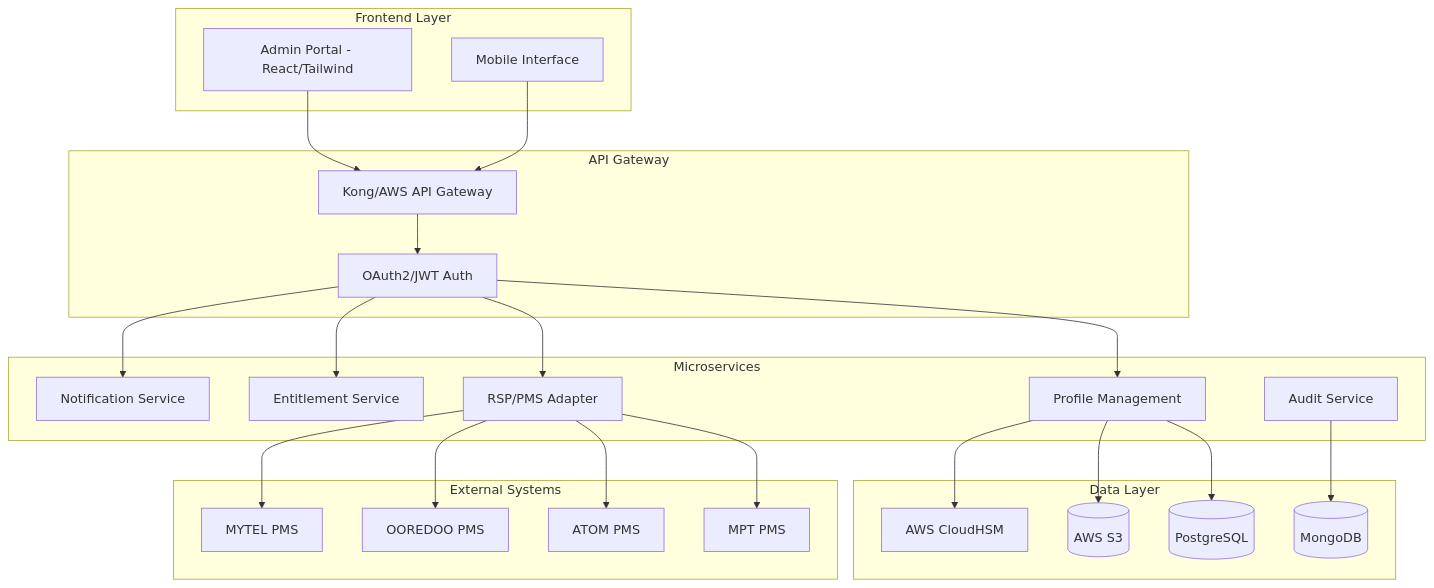
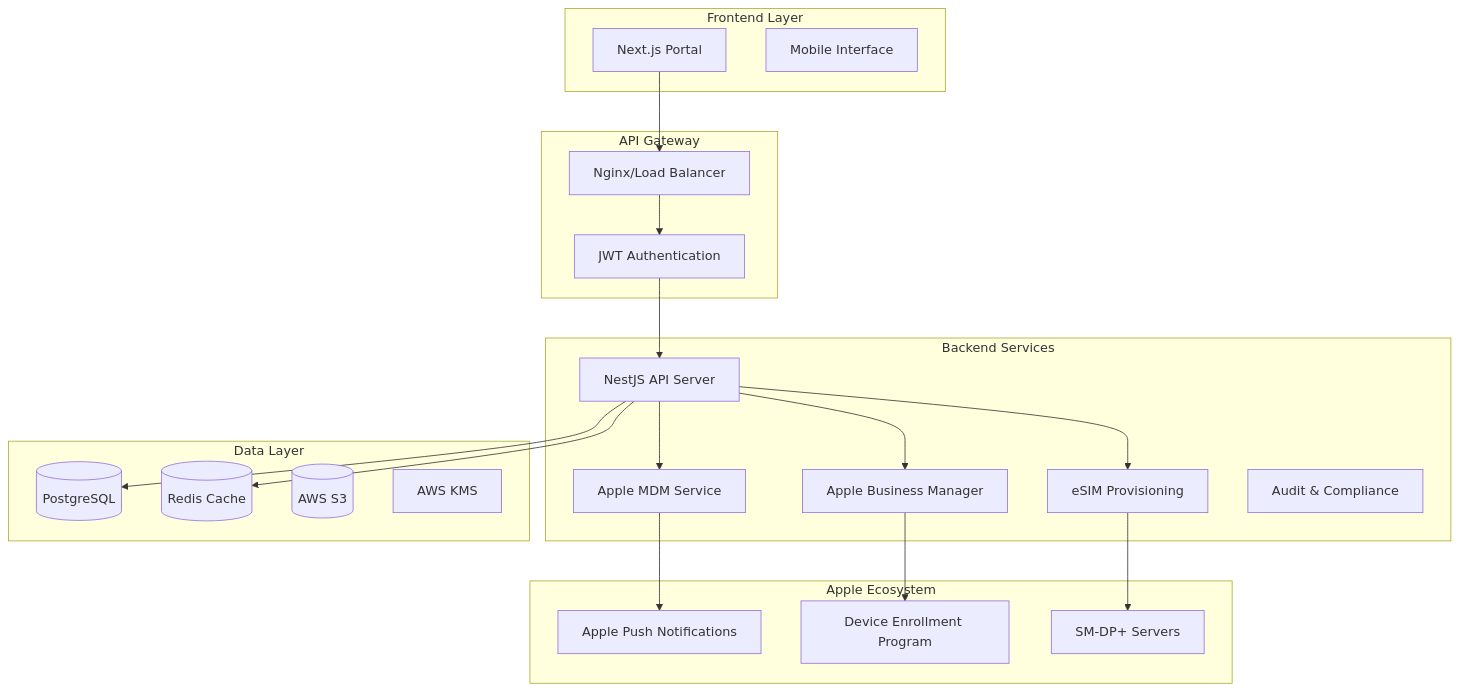
Before and after one commit to nexorasim/management: the diagram in README.md, drawn with Mermaid. The commit also changed other lines of this file and 63 other files, not shown here.

Commit message:
Complete My eSIM Plus Portal with Apple MDM integration

````diff
--- a/README.md
+++ b/README.md
@@ -7,50 +45,45 @@
 ```mermaid
 graph TB
     subgraph "Frontend Layer"
-        UI[Admin Portal - React/Tailwind]
+        UI[Next.js Portal]
         MOB[Mobile Interface]
     end
     
     subgraph "API Gateway"
-        GW[Kong/AWS API Gateway]
-        AUTH[OAuth2/JWT Auth]
+        GW[Nginx/Load Balancer]
+        AUTH[JWT Authentication]
     end
     
-    subgraph "Microservices"
-        PM[Profile Management]
-        RSP[RSP/PMS Adapter]
-        ENT[Entitlement Service]
-        NOT[Notification Service]
-        AUD[Audit Service]
+    subgraph "Backend Services"
+        API[NestJS API Server]
+        MDM[Apple MDM Service]
+        ABM[Apple Business Manager]
+        ESIM[eSIM Provisioning]
+        AUDIT[Audit & Compliance]
     end
     
     subgraph "Data Layer"
         PG[(PostgreSQL)]
-        MG[(MongoDB)]
+        REDIS[(Redis Cache)]
         S3[(AWS S3)]
-        HSM[AWS CloudHSM]
+        KMS[AWS KMS]
     end
     
-    subgraph "External Systems"
-        MPT[MPT PMS]
-        ATOM[ATOM PMS]
-        OOR[OOREDOO PMS]
-        MYT[MYTEL PMS]
+    subgraph "Apple Ecosystem"
+        APNS[Apple Push Notifications]
+        DEP[Device Enrollment Program]
+        SMDP[SM-DP+ Servers]
     end
     
     UI --> GW
-    MOB --> GW
     GW --> AUTH
-    AUTH --> PM
-    AUTH --> RSP
-    AUTH --> ENT
-    AUTH --> NOT
-    PM --> PG
-    AUD --> MG
-    PM --> S3
-    RSP --> MPT
-    RSP --> ATOM
-    RSP --> OOR
-    RSP --> MYT
-    PM --> HSM
+    AUTH --> API
+    API --> MDM
+    API --> ABM
+    API --> ESIM
+    API --> PG
+    API --> REDIS
+    MDM --> APNS
+    ABM --> DEP
+    ESIM --> SMDP
 ```
````
